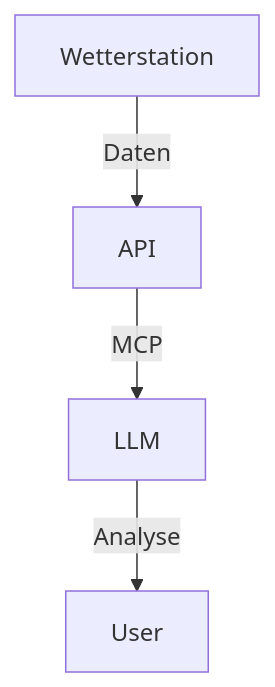
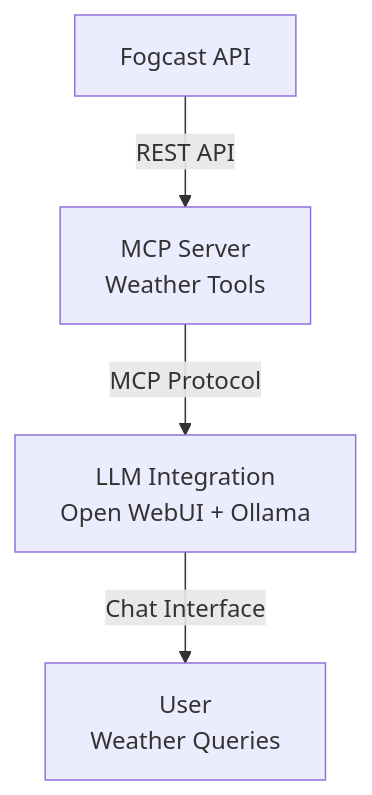
Before and after one commit to Sprayer115/Local-AI: the third of 3 diagrams in LLM Workflows Teamprojekt/slides.md, drawn with Mermaid. The commit also changed other lines of this file and 4 other files, not shown here.

Commit message:
add benchmark results and fogcast mcp to presentation

````diff
--- a/LLM Workflows Teamprojekt/slides.md
+++ b/LLM Workflows Teamprojekt/slides.md
@@ -623,6 +628,7 @@
 ```mermaid {scale: 0.5}
 graph TD
-    W[Wetterstation] -->|Daten| API
-    API -->|MCP| LLM
-    LLM -->|Analyse| User
+    FOGCAST[Fogcast API] -->|REST API| MCP[MCP Server<br/>Weather Tools]
+    MCP -->|MCP Protocol| LLM[LLM Integration<br/>Open WebUI + Ollama]
+    LLM -->|Chat Interface| USER[User<br/>Weather Queries]
+    
 ```
````
